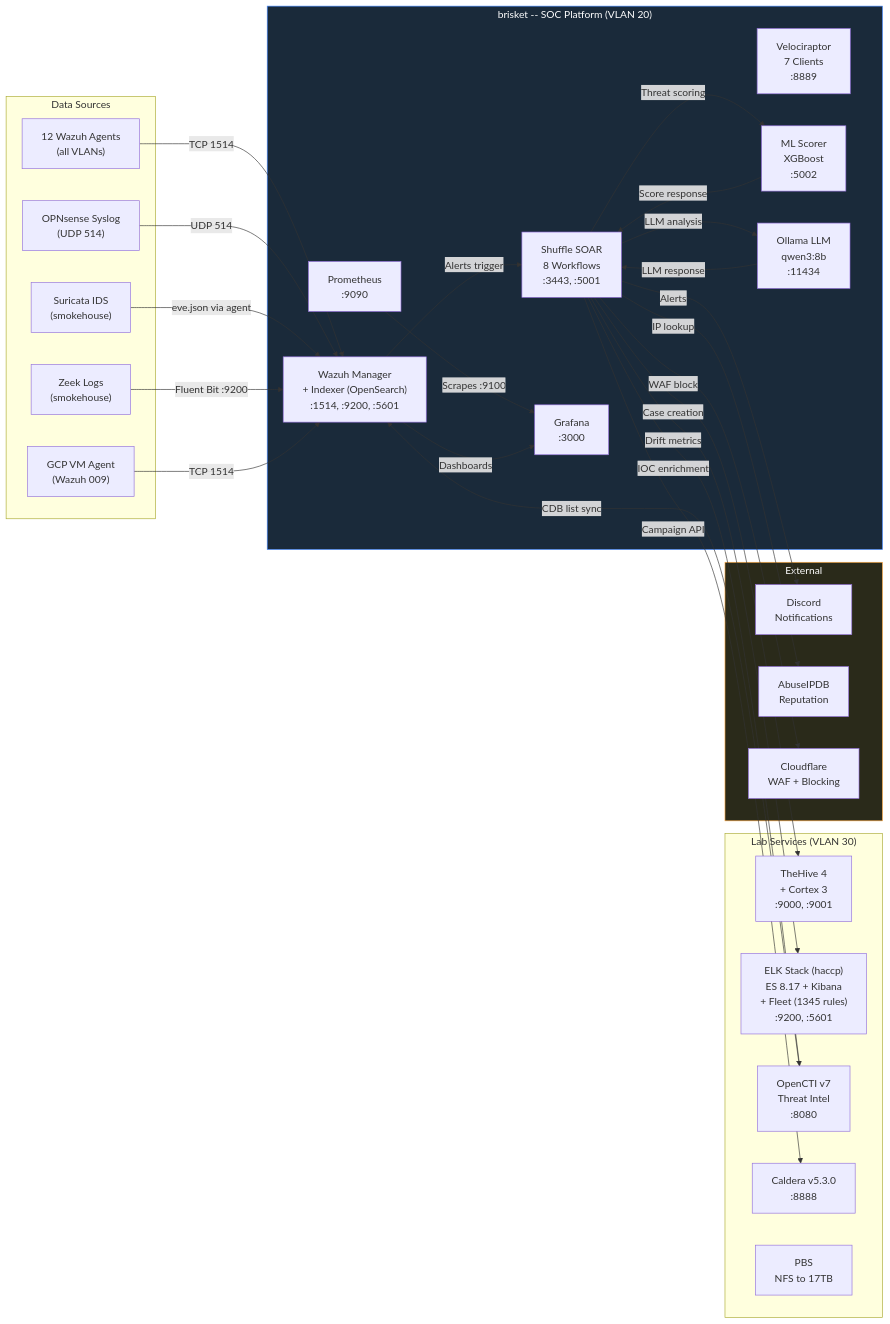
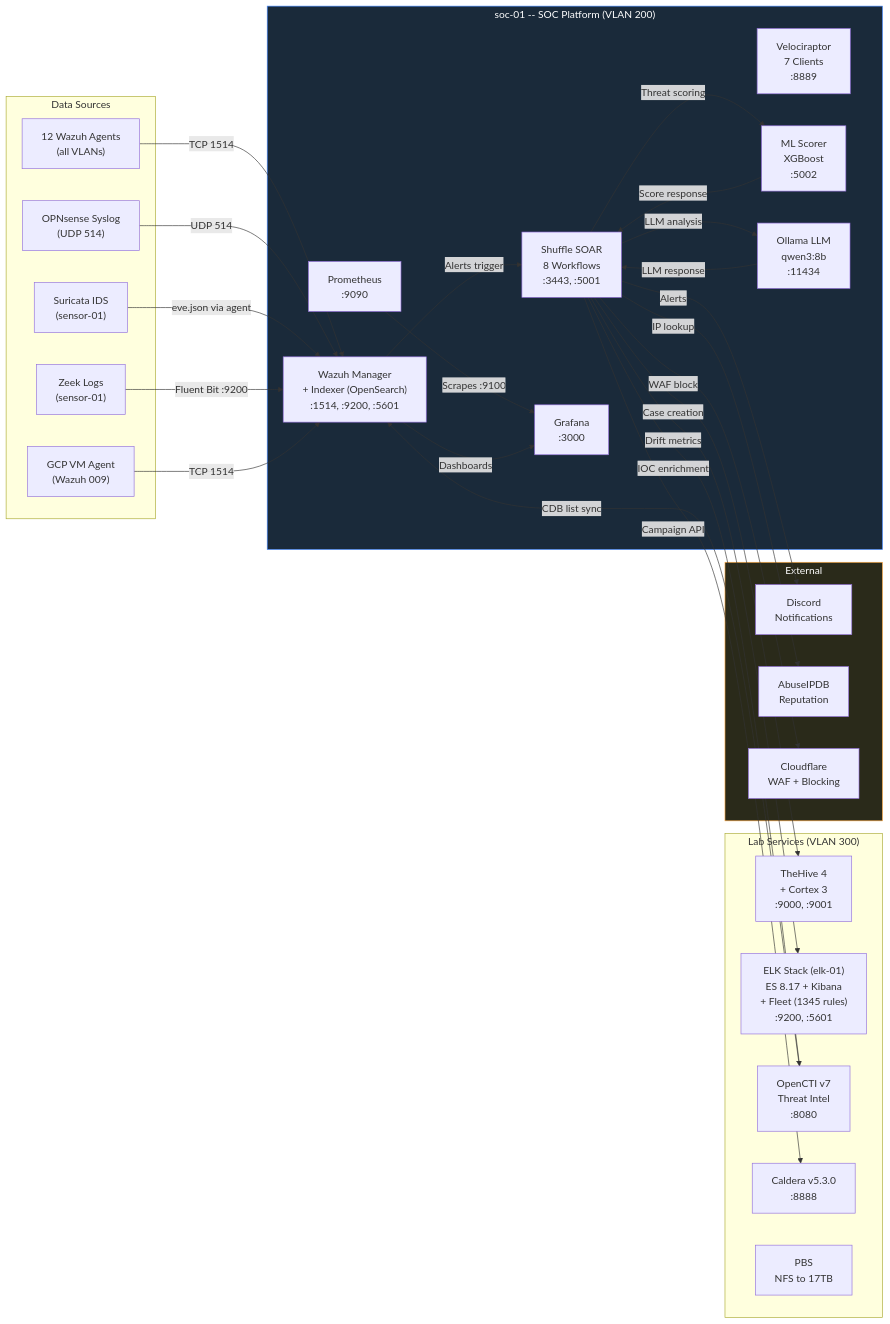
Before and after one commit to brianchaplow/HomeLab-SOC-v3: the second of 3 diagrams in docs/network-topology.md, drawn with Mermaid. The commit also changed other lines of this file and 73 other files, not shown here.

````diff
--- a/docs/network-topology.md
+++ b/docs/network-topology.md
@@ -329,62 +329,62 @@
 ```mermaid
 graph LR
     subgraph DataSources["Data Sources"]
         AGENTS["12 Wazuh Agents<br/>(all VLANs)"]
         OPNLOG["OPNsense Syslog<br/>(UDP 514)"]
-        ZEEK["Zeek Logs<br/>(smokehouse)"]
-        SURICATA["Suricata IDS<br/>(smokehouse)"]
+        ZEEK["Zeek Logs<br/>(sensor-01)"]
+        SURICATA["Suricata IDS<br/>(sensor-01)"]
         GCPAGENT["GCP VM Agent<br/>(Wazuh 009)"]
     end
 
-    subgraph SOCPlatform["brisket -- SOC Platform (VLAN 20)"]
+    subgraph SOCPlatform["soc-01 -- SOC Platform (VLAN 200)"]
         WAZUH["Wazuh Manager<br/>+ Indexer (OpenSearch)<br/>:1514, :9200, :5601"]
         SHUFFLE["Shuffle SOAR<br/>8 Workflows<br/>:3443, :5001"]
         VELO["Velociraptor<br/>7 Clients<br/>:8889"]
         ML["ML Scorer<br/>XGBoost<br/>:5002"]
         OLLAMA["Ollama LLM<br/>qwen3:8b<br/>:11434"]
         PROM["Prometheus<br/>:9090"]
         GRAFANA["Grafana<br/>:3000"]
     end
 
-    subgraph Lab["Lab Services (VLAN 30)"]
+    subgraph Lab["Lab Services (VLAN 300)"]
         TH["TheHive 4<br/>+ Cortex 3<br/>:9000, :9001"]
-        ELKSTACK["ELK Stack (haccp)<br/>ES 8.17 + Kibana<br/>+ Fleet (1345 rules)<br/>:9200, :5601"]
+        ELKSTACK["ELK Stack (elk-01)<br/>ES 8.17 + Kibana<br/>+ Fleet (1345 rules)<br/>:9200, :5601"]
         OCTI["OpenCTI v7<br/>Threat Intel<br/>:8080"]
         CALDERA["Caldera v5.3.0<br/>:8888"]
         BACKUP["PBS<br/>NFS to 17TB"]
     end
 
     subgraph External["External"]
         DISCORD["Discord<br/>Notifications"]
         ABUSEIPDB["AbuseIPDB<br/>Reputation"]
         CLOUDFLARE["Cloudflare<br/>WAF + Blocking"]
     end
 
     AGENTS -->|"TCP 1514"| WAZUH
     OPNLOG -->|"UDP 514"| WAZUH
     SURICATA -->|"eve.json via agent"| WAZUH
     ZEEK -->|"Fluent Bit :9200"| WAZUH
     GCPAGENT -->|"TCP 1514"| WAZUH
 
     WAZUH -->|"Alerts trigger"| SHUFFLE
     SHUFFLE -->|"Case creation"| TH
     SHUFFLE -->|"Threat scoring"| ML
     SHUFFLE -->|"LLM analysis"| OLLAMA
     SHUFFLE -->|"IP lookup"| ABUSEIPDB
     SHUFFLE -->|"WAF block"| CLOUDFLARE
     SHUFFLE -->|"Alerts"| DISCORD
     SHUFFLE -->|"Drift metrics"| ELKSTACK
     SHUFFLE -->|"IOC enrichment"| OCTI
     SHUFFLE -->|"Campaign API"| CALDERA
 
     ML -->|"Score response"| SHUFFLE
     OLLAMA -->|"LLM response"| SHUFFLE
 
     OCTI -->|"CDB list sync"| WAZUH
 
     PROM -->|"Scrapes :9100"| GRAFANA
     WAZUH -->|"Dashboards"| GRAFANA
 
     style SOCPlatform fill:#1a2a3a,stroke:#4488ff,color:#fff
     style External fill:#2a2a1a,stroke:#ffaa44,color:#fff
 ```
````
